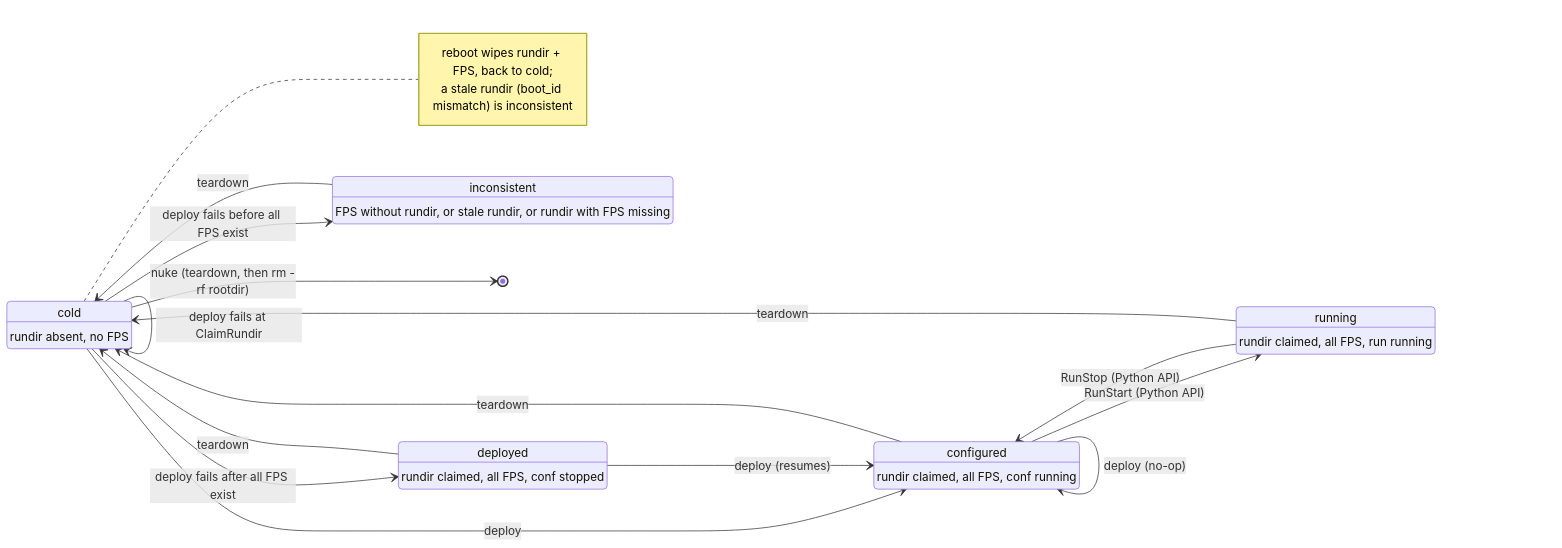
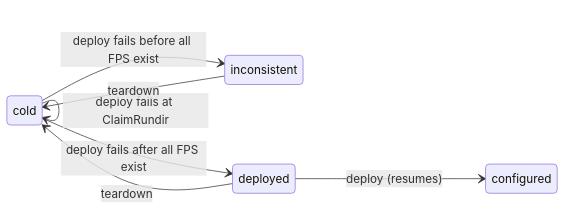
One commit to milk-org/milk changed the second of 2 diagrams in docs/guide/pipelines_operate.md. Above: the diagram before and after it, drawn with Mermaid. The commit also changed other lines of this file and 11 other files, not shown here.

````diff
--- a/docs/guide/pipelines_operate.md
+++ b/docs/guide/pipelines_operate.md
@@ -12,31 +42,10 @@
 ```mermaid
 stateDiagram-v2
     direction LR
-    cold : cold
-    cold : rundir absent, no FPS
-    deployed : deployed
-    deployed : rundir claimed, all FPS, conf stopped
-    configured : configured
-    configured : rundir claimed, all FPS, conf running
-    running : running
-    running : rundir claimed, all FPS, run running
-    inconsistent : inconsistent
-    inconsistent : FPS without rundir, or stale rundir, or rundir with FPS missing
-    cold --> configured : deploy
     cold --> cold : deploy fails at ClaimRundir
     cold --> deployed : deploy fails after all FPS exist
     cold --> inconsistent : deploy fails before all FPS exist
     deployed --> configured : deploy (resumes)
-    configured --> configured : deploy (no-op)
-    configured --> running : RunStart (Python API)
-    running --> configured : RunStop (Python API)
     deployed --> cold : teardown
-    configured --> cold : teardown
-    running --> cold : teardown
     inconsistent --> cold : teardown
-    cold --> [*] : nuke (teardown, then rm -rf rootdir)
-    note right of cold
-        reboot wipes rundir + FPS, back to cold;
-        a stale rundir (boot_id mismatch) is inconsistent
-    end note
 ```
````
